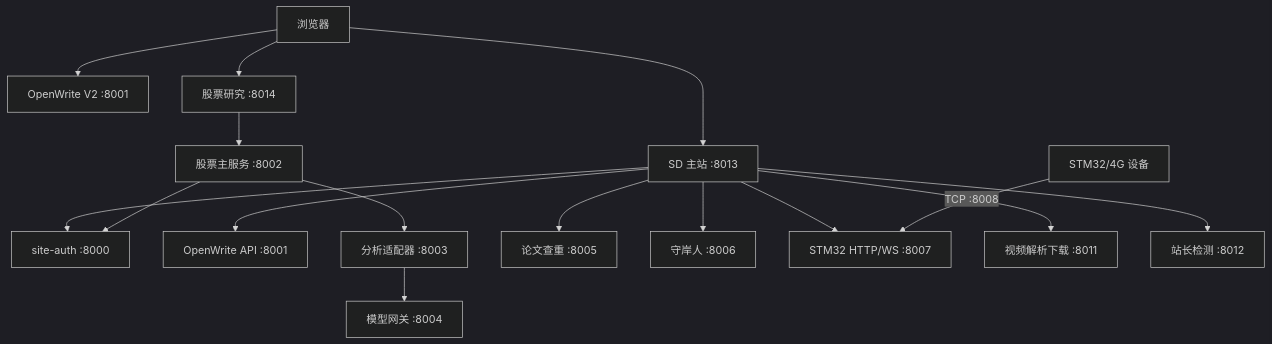
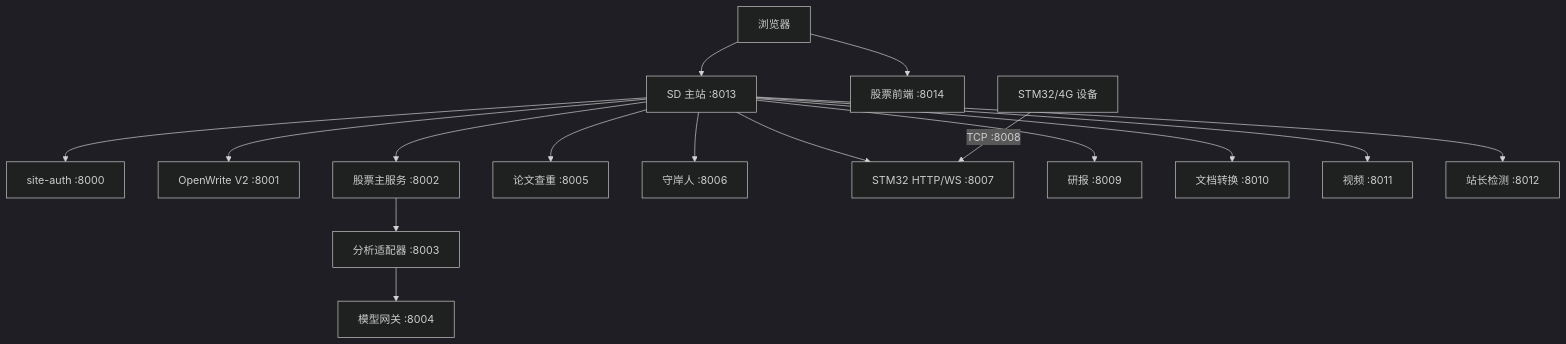
Before and after one commit to yunxigy/Star-Dominion: the diagram in README.md, drawn with Mermaid (dark theme). The commit also changed other lines of this file and 1 other file, not shown here.

````diff
--- a/README.md
+++ b/README.md
@@ -206,19 +218,18 @@
 ```mermaid
 flowchart TB
     Browser["浏览器"] --> SD["SD 主站 :8013"]
-    Browser --> OWUI["OpenWrite V2 :8001"]
-    Browser --> StockUI["股票研究 :8014"]
-
+    Browser --> StockUI["股票前端 :8014"]
     SD --> Auth["site-auth :8000"]
-    SD --> OpenWrite["OpenWrite API :8001"]
-    StockUI --> StockHub["股票主服务 :8002"]
-    StockHub --> Auth
-    StockHub --> Analysis["分析适配器 :8003"]
-    Analysis --> Gateway["模型网关 :8004"]
+    SD --> OW["OpenWrite V2 :8001"]
+    SD --> Stock["股票主服务 :8002"]
+    Stock --> DSA["分析适配器 :8003"]
+    DSA --> Gateway["模型网关 :8004"]
     SD --> Plagiarism["论文查重 :8005"]
     SD --> ShouAnRen["守岸人 :8006"]
-    SD --> STM32["STM32 HTTP/WS :8007"]
-    SD --> Video["视频解析下载 :8011"]
+    SD --> STM["STM32 HTTP/WS :8007"]
+    SD --> Reports["研报 :8009"]
+    SD --> Docs["文档转换 :8010"]
+    SD --> Video["视频 :8011"]
     SD --> Webmaster["站长检测 :8012"]
-    Device["STM32/4G 设备"] -->|"TCP :8008"| STM32
+    Device["STM32/4G 设备"] -->|"TCP :8008"| STM
 ```
````
